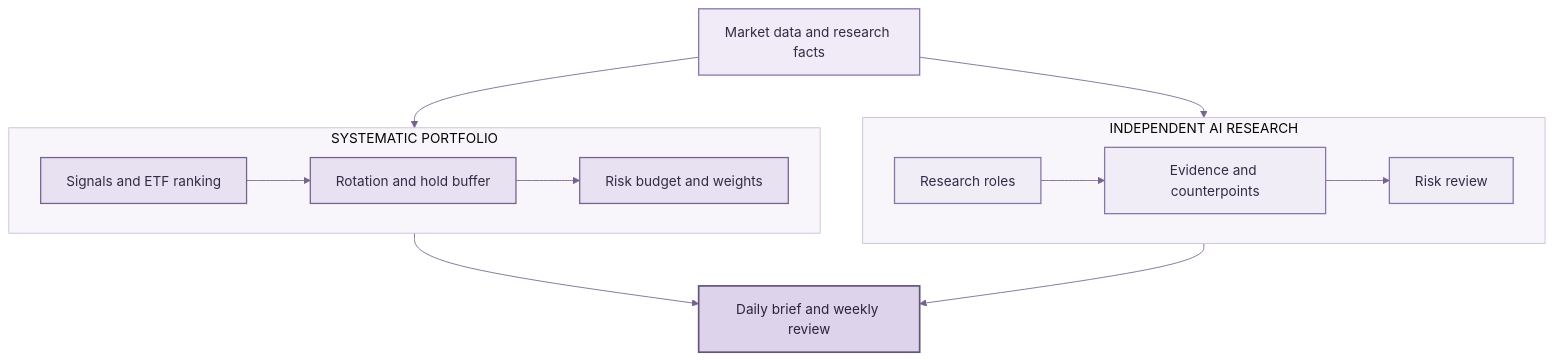
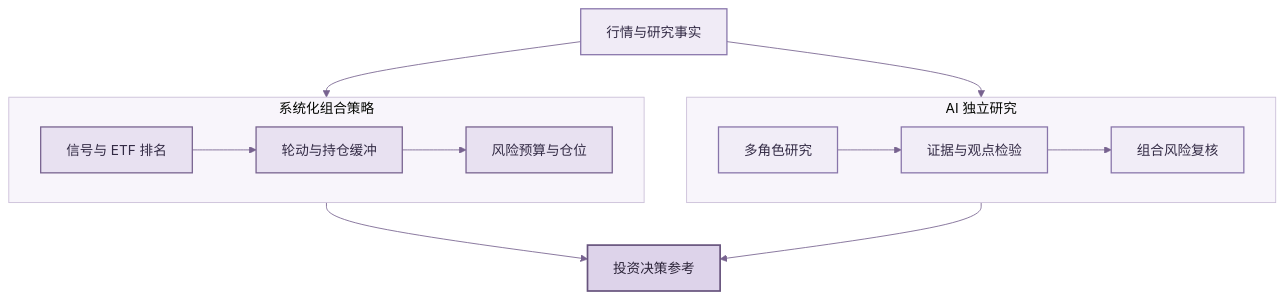
The diagram in README.md (BZX667/ETF-Compass), drawn with Mermaid before and after one commit. The commit also changed other lines of this file and 1 other file, not shown here.

````diff
--- a/README.md
+++ b/README.md
@@ -29,25 +33,25 @@
 ```mermaid
 %%{init: {"theme":"base", "themeVariables":{"primaryColor":"#eee9f7","primaryTextColor":"#332b45","primaryBorderColor":"#8875aa","lineColor":"#77628f","secondaryColor":"#f4f0f8","tertiaryColor":"#faf8fc","clusterBkg":"#f8f5fb","clusterBorder":"#c9bdd8"}}}%%
 flowchart TB
-    M["Market data and research facts"]
-    subgraph S["SYSTEMATIC PORTFOLIO"]
+    M["行情与研究事实"]
+    subgraph S["系统化组合策略"]
         direction LR
-        S1["Signals and ETF ranking"] --> S2["Rotation and hold buffer"] --> S3["Risk budget and weights"]
+        S1["信号与 ETF 排名"] --> S2["轮动与持仓缓冲"] --> S3["风险预算与仓位"]
     end
-    subgraph A["INDEPENDENT AI RESEARCH"]
+    subgraph A["AI 独立研究"]
         direction LR
-        A1["Research roles"] --> A2["Evidence and counterpoints"] --> A3["Risk review"]
+        A1["多角色研究"] --> A2["证据与观点检验"] --> A3["组合风险复核"]
     end
-    S --> R["Daily brief and weekly review"]
+    S --> R["投资决策参考"]
     A --> R
     M --> S
     M --> A
     classDef input fill:#f0ebf6,stroke:#8875aa,color:#332b45,stroke-width:1.5px
     classDef strategy fill:#e8e1f1,stroke:#77628f,color:#332b45,stroke-width:1.5px
     classDef research fill:#f1edf7,stroke:#8875aa,color:#332b45,stroke-width:1.5px
     classDef output fill:#ddd3ea,stroke:#67547d,color:#2c2439,stroke-width:2px
     class M input
     class S1,S2,S3 strategy
     class A1,A2,A3 research
     class R output
 ```
````
